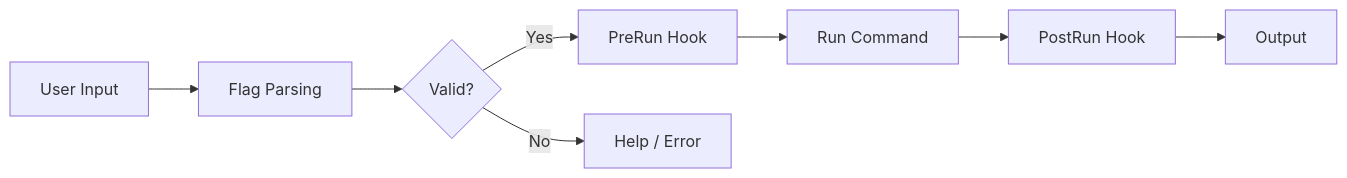
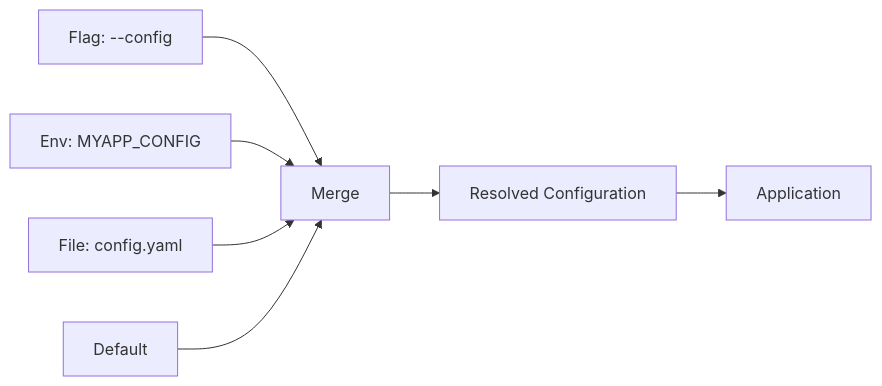
The third of 3 diagrams in Software Engineering/02 - Go Engineering/04 - DevSecOps and CLI Tools/01 - Building CLIs with Cobra.md (Leito2/Learning), drawn with Mermaid before and after one commit. The commit also changed other lines of this file and 41 other files, not shown here.

````diff
--- a/Software Engineering/02 - Go Engineering/04 - DevSecOps and CLI Tools/01 - Building CLIs with Cobra.md
+++ b/Software Engineering/02 - Go Engineering/04 - DevSecOps and CLI Tools/01 - Building CLIs with Cobra.md
@@ -76,10 +378,9 @@
 ```mermaid
 flowchart LR
-    A[User Input] --> B[Flag Parsing]
-    B --> C{Valid?}
-    C -->|Yes| D[PreRun Hook]
-    D --> E[Run Command]
-    E --> F[PostRun Hook]
-    F --> G[Output]
-    C -->|No| H[Help / Error]
+    A[Flag: --config] --> F[Merge]
+    B[Env: MYAPP_CONFIG] --> F
+    C[File: config.yaml] --> F
+    D[Default] --> F
+    F --> E[Resolved Configuration]
+    E --> G[Application]
 ```
````
